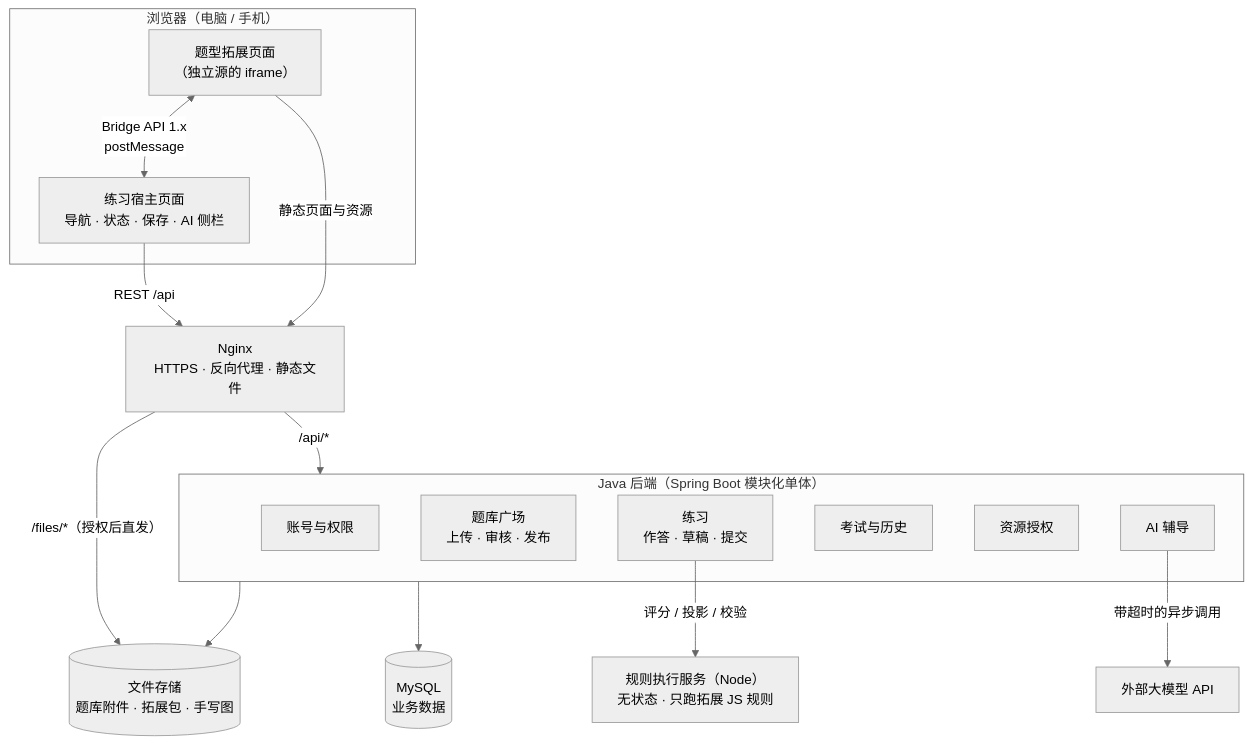
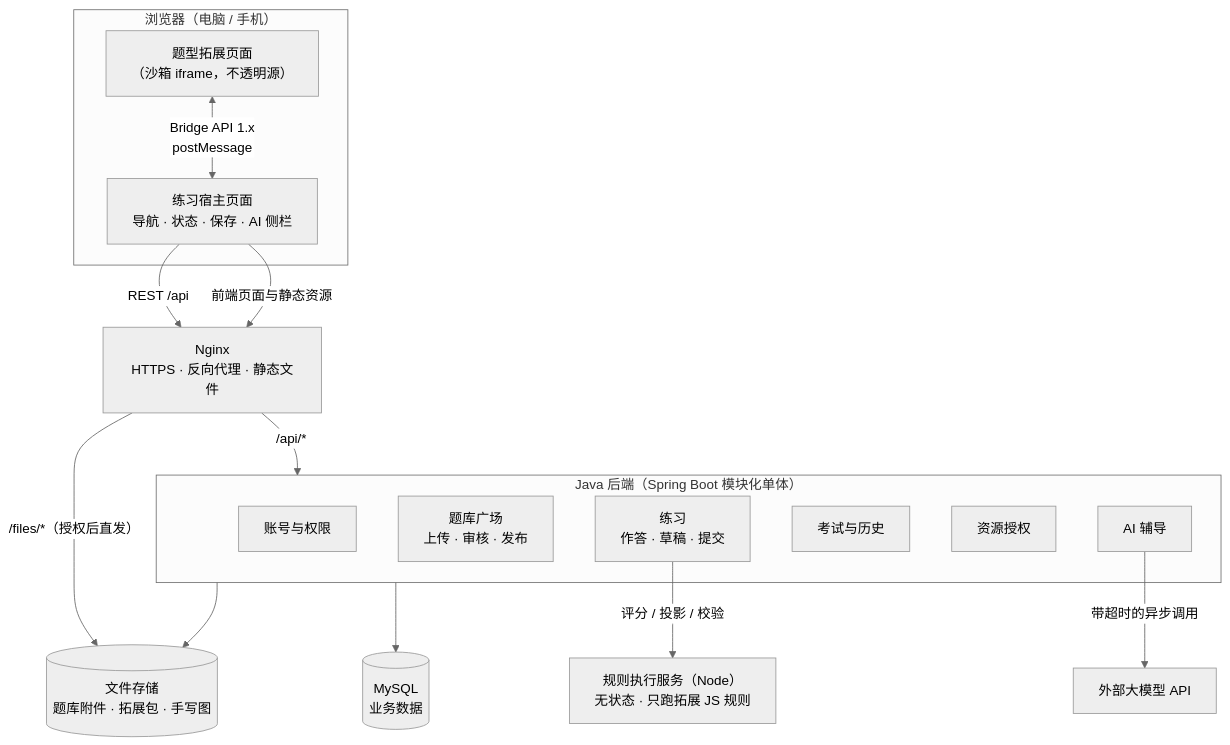
One commit to lear111/quizforge-v2 changed the first of 2 diagrams in docs/architecture/01-overview.md. Above: the diagram before and after it, drawn with Mermaid (neutral theme). The commit also changed other lines of this file, not shown here.

First line of the commit message:
docs(architecture): correct extension isolation and idempotency per legacy contracts

````diff
--- a/docs/architecture/01-overview.md
+++ b/docs/architecture/01-overview.md
@@ -41,33 +41,33 @@
 ```mermaid
 flowchart TB
     subgraph Client["浏览器（电脑 / 手机）"]
         Host["练习宿主页面<br/>导航 · 状态 · 保存 · AI 侧栏"]
-        Ext["题型拓展页面<br/>（独立源的 iframe）"]
+        Ext["题型拓展页面<br/>（沙箱 iframe，不透明源）"]
         Ext <-- "Bridge API 1.x<br/>postMessage" --> Host
     end
 
     Nginx["Nginx<br/>HTTPS · 反向代理 · 静态文件"]
 
     subgraph App["Java 后端（Spring Boot 模块化单体）"]
         Identity["账号与权限"]
         Catalog["题库广场<br/>上传 · 审核 · 发布"]
         Practice["练习<br/>作答 · 草稿 · 提交"]
         Exam["考试与历史"]
         Resource["资源授权"]
         AI["AI 辅导"]
     end
 
     Rule["规则执行服务（Node）<br/>无状态 · 只跑拓展 JS 规则"]
     DB[("MySQL<br/>业务数据")]
     Files[("文件存储<br/>题库附件 · 拓展包 · 手写图")]
     LLM["外部大模型 API"]
 
     Host -- "REST /api" --> Nginx
-    Ext -- "静态页面与资源" --> Nginx
+    Host -- "前端页面与静态资源" --> Nginx
     Nginx -- "/api/*" --> App
     Nginx -- "/files/*（授权后直发）" --> Files
     Practice -- "评分 / 投影 / 校验" --> Rule
     App --> DB
     App --> Files
     AI -- "带超时的异步调用" --> LLM
 ```
````
